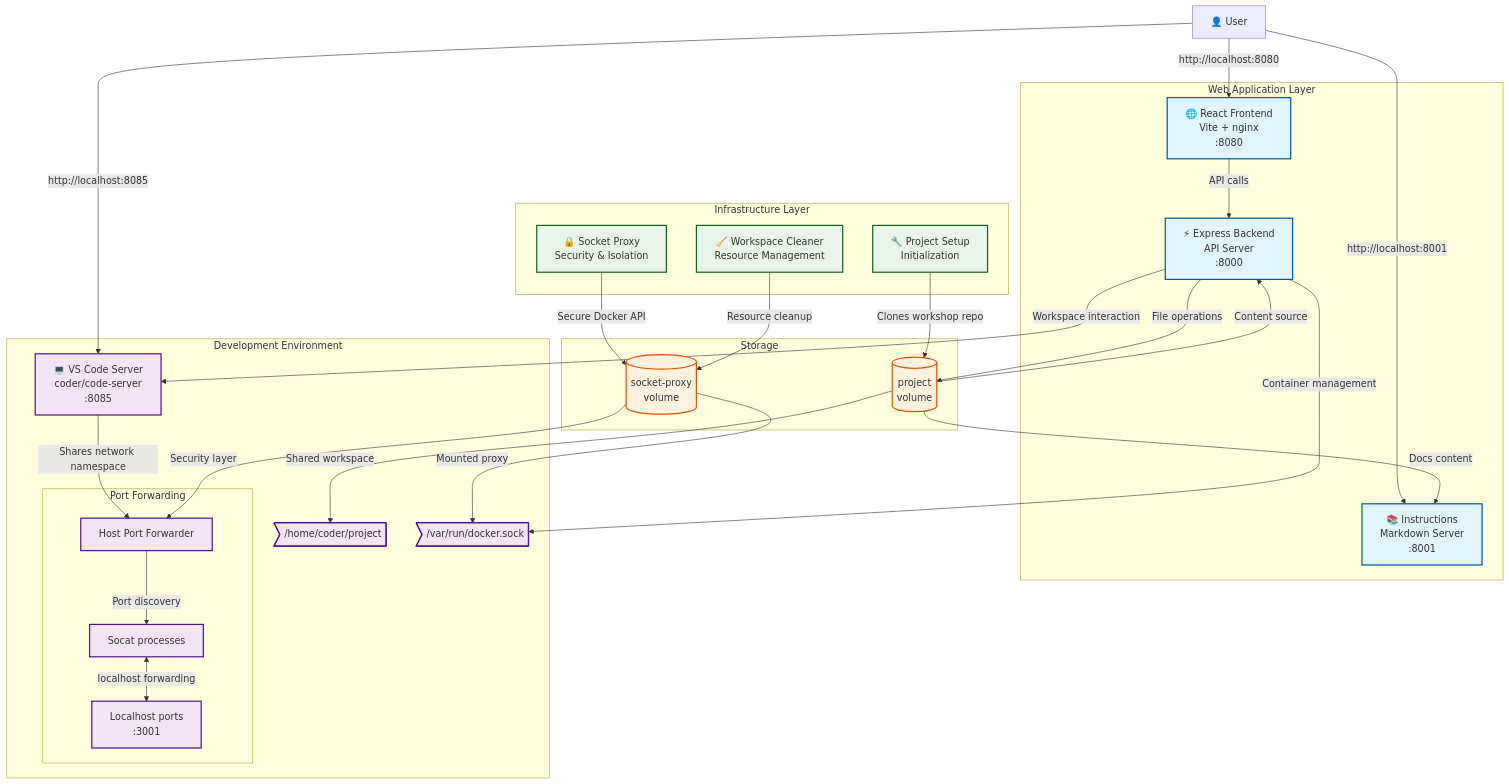
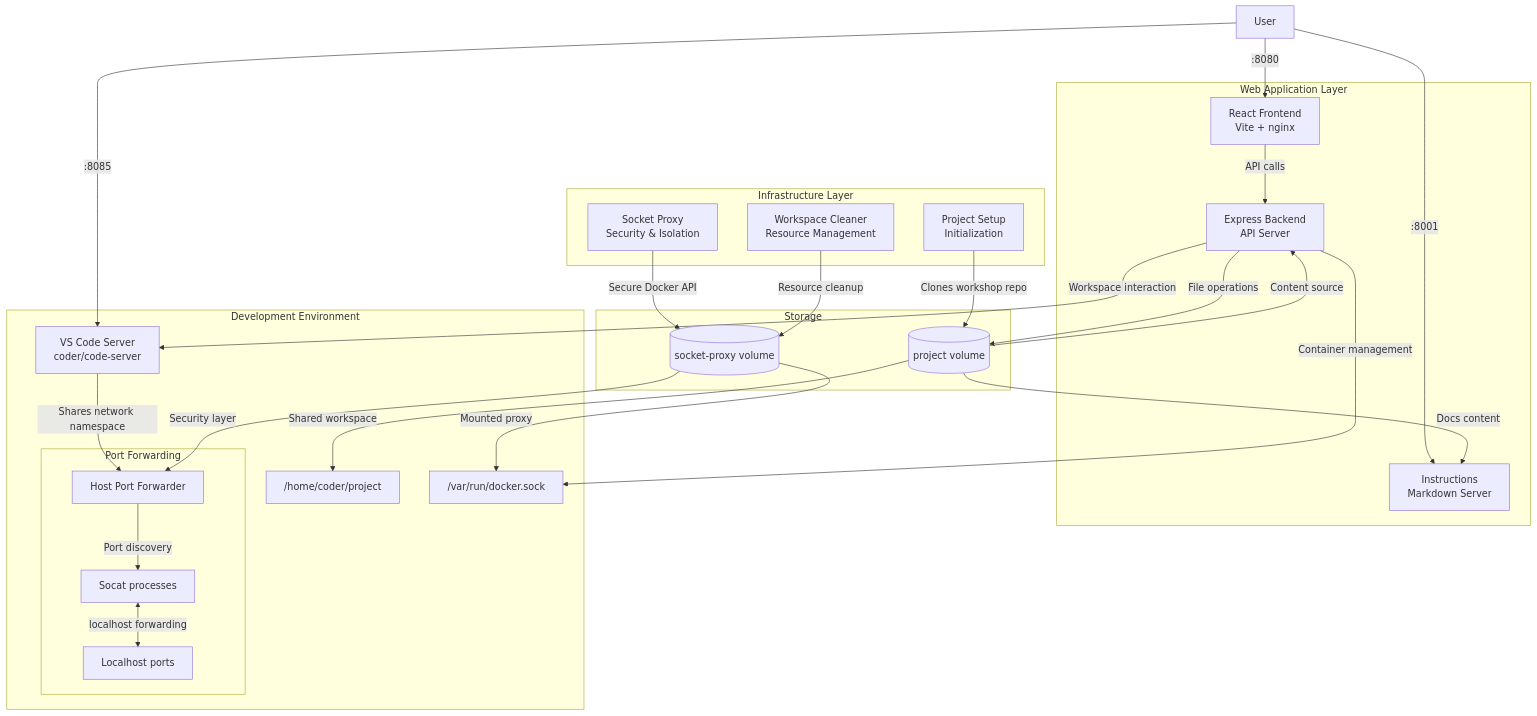
The diagram in README.md (ajeetraina/workshop-poc-infra), drawn with Mermaid before and after one commit.

Commit message:
Fix mermaid diagram compatibility issues for GitHub renderer

````diff
--- a/README.md
+++ b/README.md
@@ -11,72 +11,56 @@
 ```mermaid
 flowchart TD
-    User[👤 User] -->|http://localhost:8080| Frontend
-    User -->|http://localhost:8085| VSCode
-    User -->|http://localhost:8001| Instructions
+    User[User] -->|:8080| Frontend
+    User -->|:8085| VSCode
+    User -->|:8001| Instructions
 
     subgraph "Web Application Layer"
-        Frontend[🌐 React Frontend<br/>Vite + nginx<br/>:8080]
-        Backend[⚡ Express Backend<br/>API Server<br/>:8000]
-        Instructions[📚 Instructions<br/>Markdown Server<br/>:8001]
+        Frontend[React Frontend<br/>Vite + nginx]
+        Backend[Express Backend<br/>API Server]
+        Instructions[Instructions<br/>Markdown Server]
         
         Frontend -->|API calls| Backend
     end
 
     subgraph "Development Environment"
-        VSCode[💻 VS Code Server<br/>coder/code-server<br/>:8085]
-        project@{ shape: odd, label: "/home/coder/project" }
-        socket@{ shape: odd, label: "/var/run/docker.sock" }
+        VSCode[VS Code Server<br/>coder/code-server]
+        project["/home/coder/project"]
+        socket["/var/run/docker.sock"]
         
         subgraph "Port Forwarding"
-            localhostPorts[Localhost ports<br/>:3001]
+            localhostPorts[Localhost ports]
             socat[Socat processes]
             Forwarder[Host Port Forwarder]
         end
     end
 
     subgraph "Infrastructure Layer"
-        Setup[🔧 Project Setup<br/>Initialization]
-        ProxyContainer[🔒 Socket Proxy<br/>Security & Isolation]
-        WorkspaceCleaner[🧹 Workspace Cleaner<br/>Resource Management]
+        Setup[Project Setup<br/>Initialization]
+        ProxyContainer[Socket Proxy<br/>Security & Isolation]
+        WorkspaceCleaner[Workspace Cleaner<br/>Resource Management]
     end
 
     subgraph "Storage"
-        Volume@{ shape: cyl, label: "project\nvolume" }
-        SocketVolume@{ shape: cyl, label: "socket-proxy\nvolume" }
+        Volume[(project volume)]
+        SocketVolume[(socket-proxy volume)]
     end
 
-    %% Setup and Volume relationships
     Setup -->|Clones workshop repo| Volume
     Volume -->|Shared workspace| project
     Volume -->|Content source| Backend
     Volume -->|Docs content| Instructions
 
-    %% Backend connections
     Backend -->|File operations| Volume
     Backend -->|Container management| socket
     Backend -->|Workspace interaction| VSCode
 
-    %% VS Code and Port Forwarding
     VSCode -->|Shares network namespace| Forwarder
     Forwarder -->|Port discovery| socat
     socat <-->|localhost forwarding| localhostPorts
 
-    %% Socket Proxy
     ProxyContainer -->|Secure Docker API| SocketVolume
     SocketVolume -->|Mounted proxy| socket
     SocketVolume -->|Security layer| Forwarder
 
-    %% Workspace Management
     WorkspaceCleaner -->|Resource cleanup| SocketVolume
-
-    %% Styling
-    classDef webLayer fill:#e1f5fe,stroke:#01579b,stroke-width:2px
-    classDef devLayer fill:#f3e5f5,stroke:#4a148c,stroke-width:2px
-    classDef infraLayer fill:#e8f5e8,stroke:#1b5e20,stroke-width:2px
-    classDef storage fill:#fff3e0,stroke:#e65100,stroke-width:2px
-
-    class Frontend,Backend,Instructions webLayer
-    class VSCode,project,socket,localhostPorts,socat,Forwarder devLayer
-    class Setup,ProxyContainer,WorkspaceCleaner infraLayer
-    class Volume,SocketVolume storage
 ```
````
